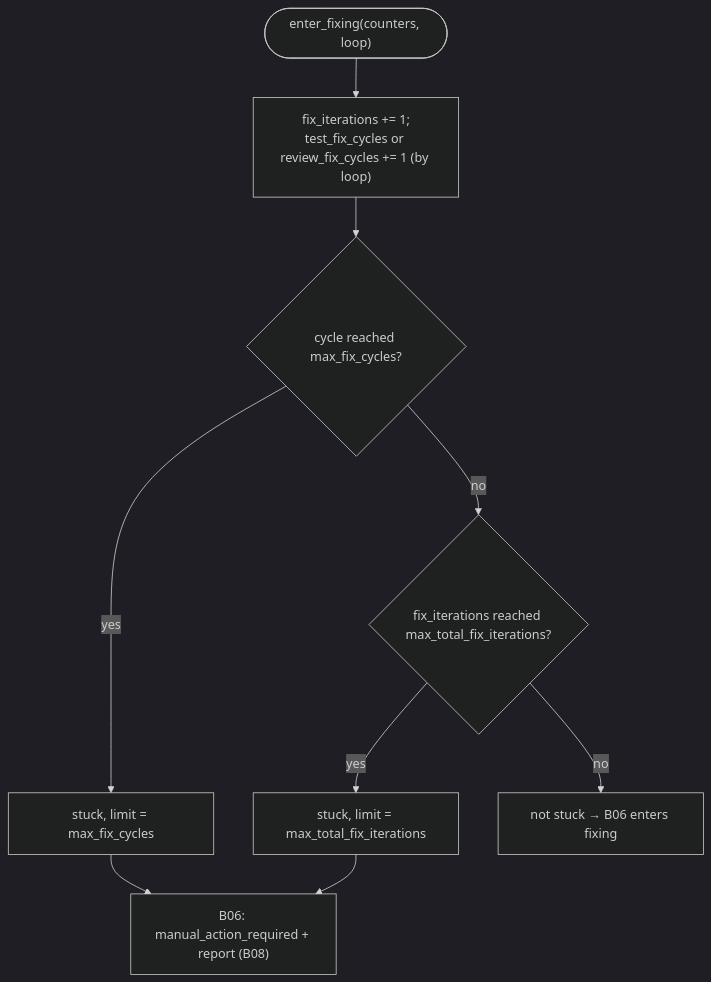
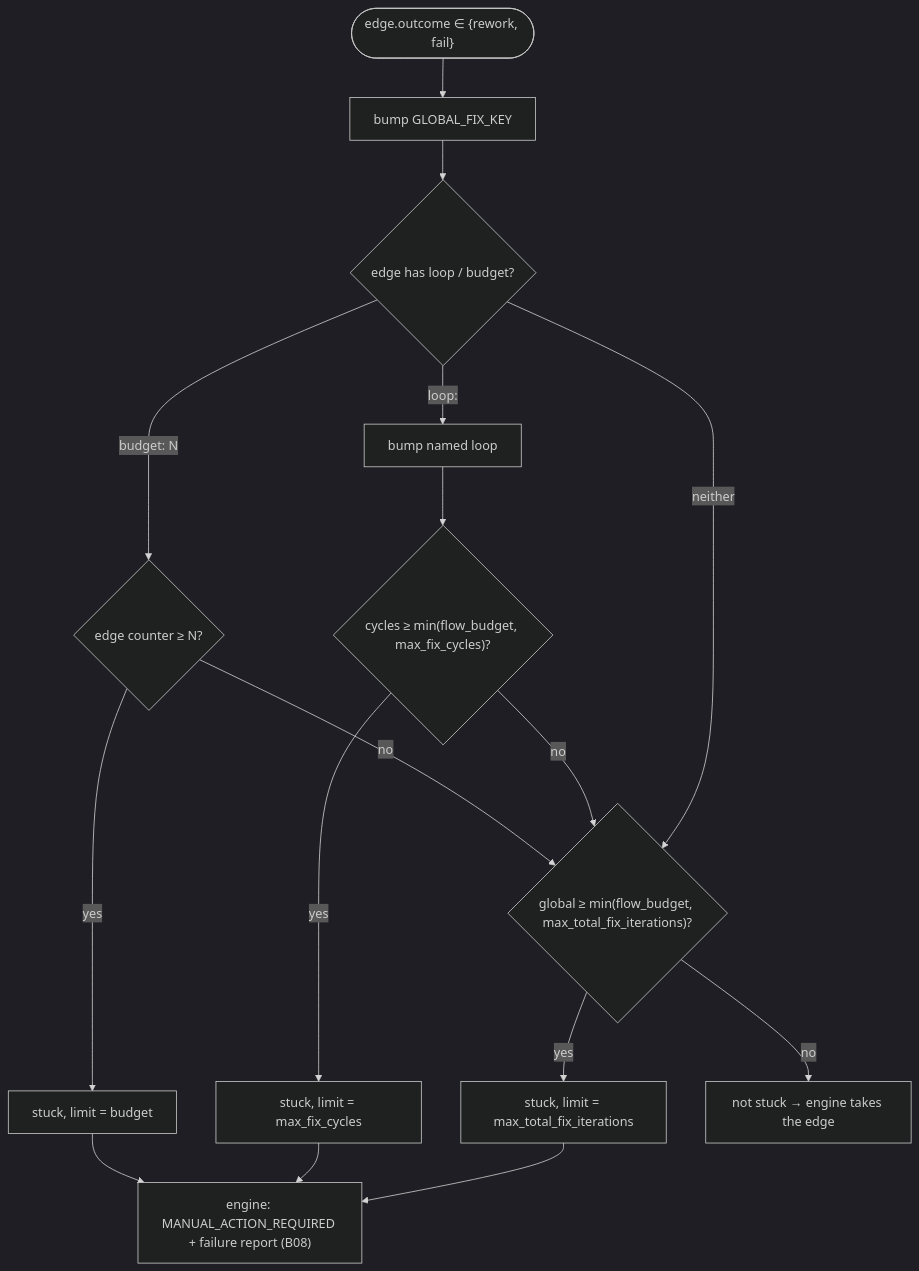
The diagram in docs/functional/blocks/B09-fix-loop-control.md (VladimirMakarevich/wastech-orchestrator), drawn with Mermaid (dark theme) before and after one commit. The commit also changed other lines of this file and 31 other files, not shown here.

````diff
--- a/docs/functional/blocks/B09-fix-loop-control.md
+++ b/docs/functional/blocks/B09-fix-loop-control.md
@@ -45,11 +45,18 @@
 ```mermaid
 flowchart TB
-    start(["enter_fixing(counters, loop)"]) --> inc["fix_iterations += 1;<br/>test_fix_cycles or review_fix_cycles += 1 (by loop)"]
-    inc --> c1{"cycle reached max_fix_cycles?"}
-    c1 -->|yes| stuck1["stuck, limit = max_fix_cycles"]
-    c1 -->|no| c2{"fix_iterations reached max_total_fix_iterations?"}
+    start(["edge.outcome ∈ {rework, fail}"]) --> g["bump GLOBAL_FIX_KEY"]
+    g --> hasloop{"edge has loop / budget?"}
+    hasloop -->|"loop: <name>"| bumploop["bump named loop"]
+    hasloop -->|"budget: N"| chkb{"edge counter ≥ N?"}
+    bumploop --> c1{"cycles ≥ min(flow_budget, max_fix_cycles)?"}
+    chkb -->|yes| stuck1["stuck, limit = budget"]
+    chkb -->|no| c2
+    c1 -->|yes| stuck1b["stuck, limit = max_fix_cycles"]
+    c1 -->|no| c2{"global ≥ min(flow_budget, max_total_fix_iterations)?"}
+    hasloop -->|neither| c2
     c2 -->|yes| stuck2["stuck, limit = max_total_fix_iterations"]
-    c2 -->|no| go["not stuck → B06 enters fixing"]
-    stuck1 --> manual["B06: manual_action_required + report (B08)"]
+    c2 -->|no| go["not stuck → engine takes the edge"]
+    stuck1 --> manual["engine: MANUAL_ACTION_REQUIRED + failure report (B08)"]
+    stuck1b --> manual
     stuck2 --> manual
 ```
````
